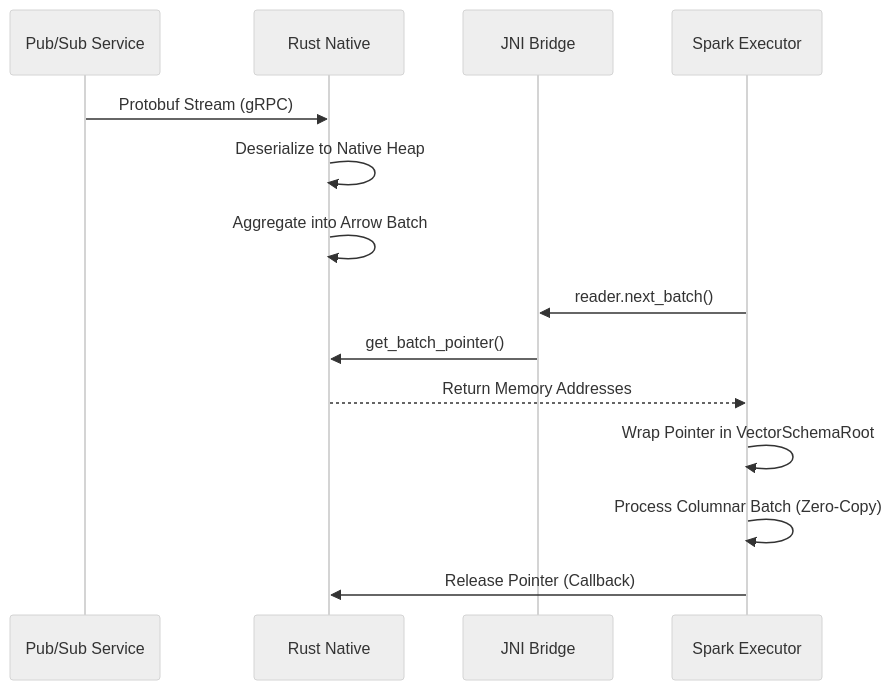
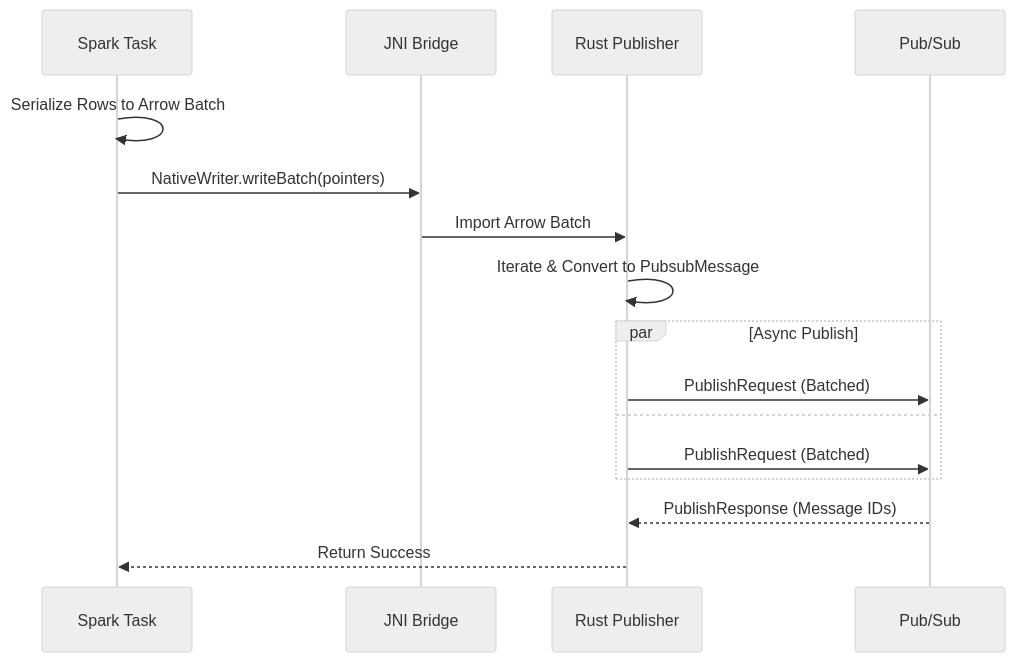
Before and after one commit to PraveenAkunuru/spark_pubsub_connector: the second of 2 diagrams in ARCHITECTURE.md, drawn with Mermaid (neutral theme). The commit also changed other lines of this file and 5 other files, not shown here.

Commit message:
docs: consolidate documentation into README/ARCHITECTURE/DEVELOPMENT

````diff
--- a/ARCHITECTURE.md
+++ b/ARCHITECTURE.md
@@ -41,17 +121,21 @@
 ```mermaid
 sequenceDiagram
-    participant P as Pub/Sub Service
-    participant R as Rust Native
+    participant S as Spark Task
     participant J as JNI Bridge
-    participant S as Spark Executor
+    participant R as Rust Publisher
+    participant P as Pub/Sub
 
-    P->>R: Protobuf Stream (gRPC)
-    R->>R: Deserialize to Native Heap
-    R->>R: Aggregate into Arrow Batch
-    S->>J: reader.next_batch()
-    J->>R: get_batch_pointer()
-    R-->>S: Return Memory Addresses
-    S->>S: Wrap Pointer in VectorSchemaRoot
-    S->>S: Process Columnar Batch (Zero-Copy)
-    S->>R: Release Pointer (Callback)
+    S->>S: Serialize Rows to Arrow Batch
+    S->>J: NativeWriter.writeBatch(pointers)
+    J->>R: Import Arrow Batch
+    R->>R: Iterate & Convert to PubsubMessage
+    
+    par Async Publish
+        R->>P: PublishRequest (Batched)
+    and
+        R->>P: PublishRequest (Batched)
+    end
+    
+    P-->>R: PublishResponse (Message IDs)
+    R-->>S: Return Success
 ```
````
